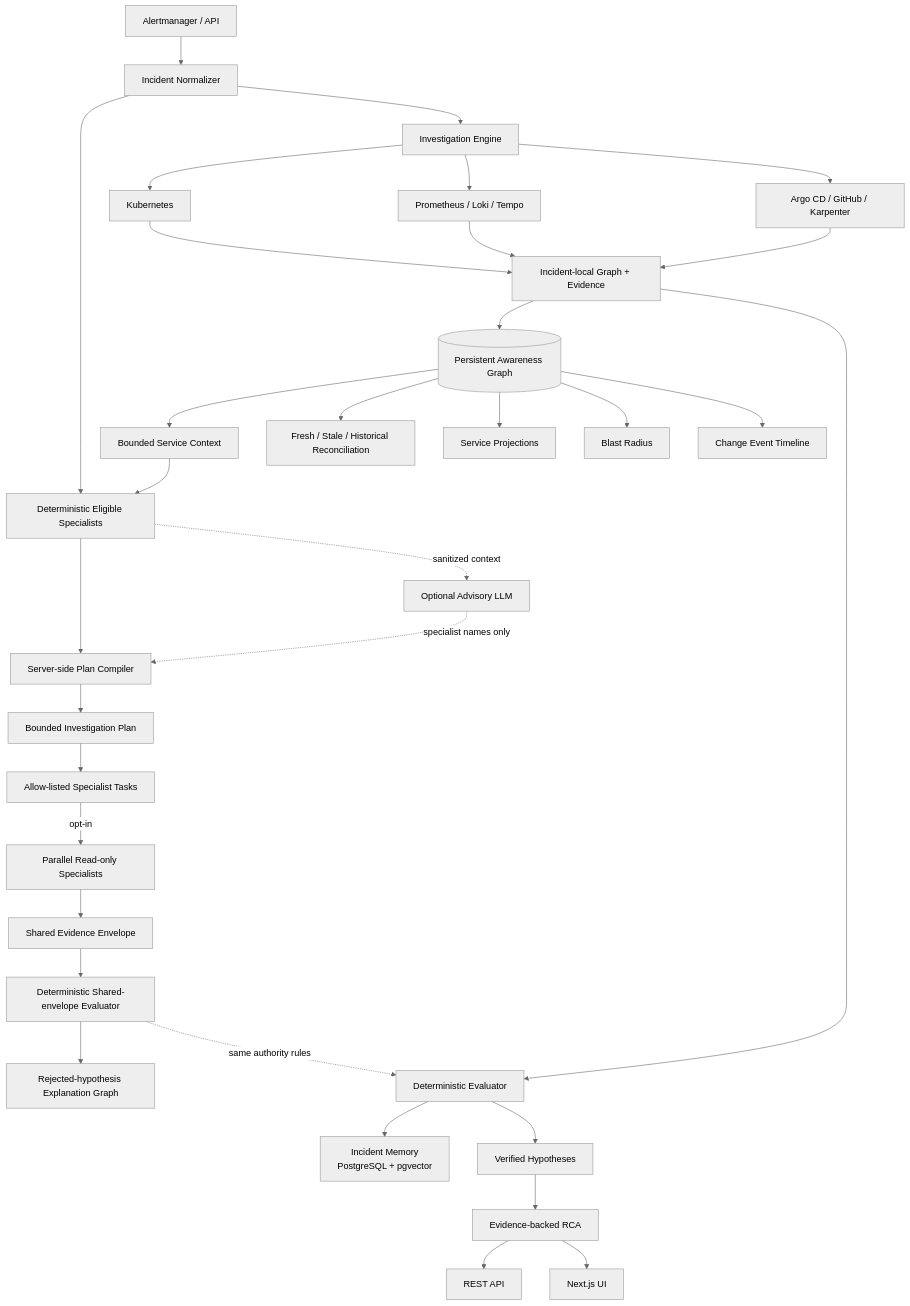
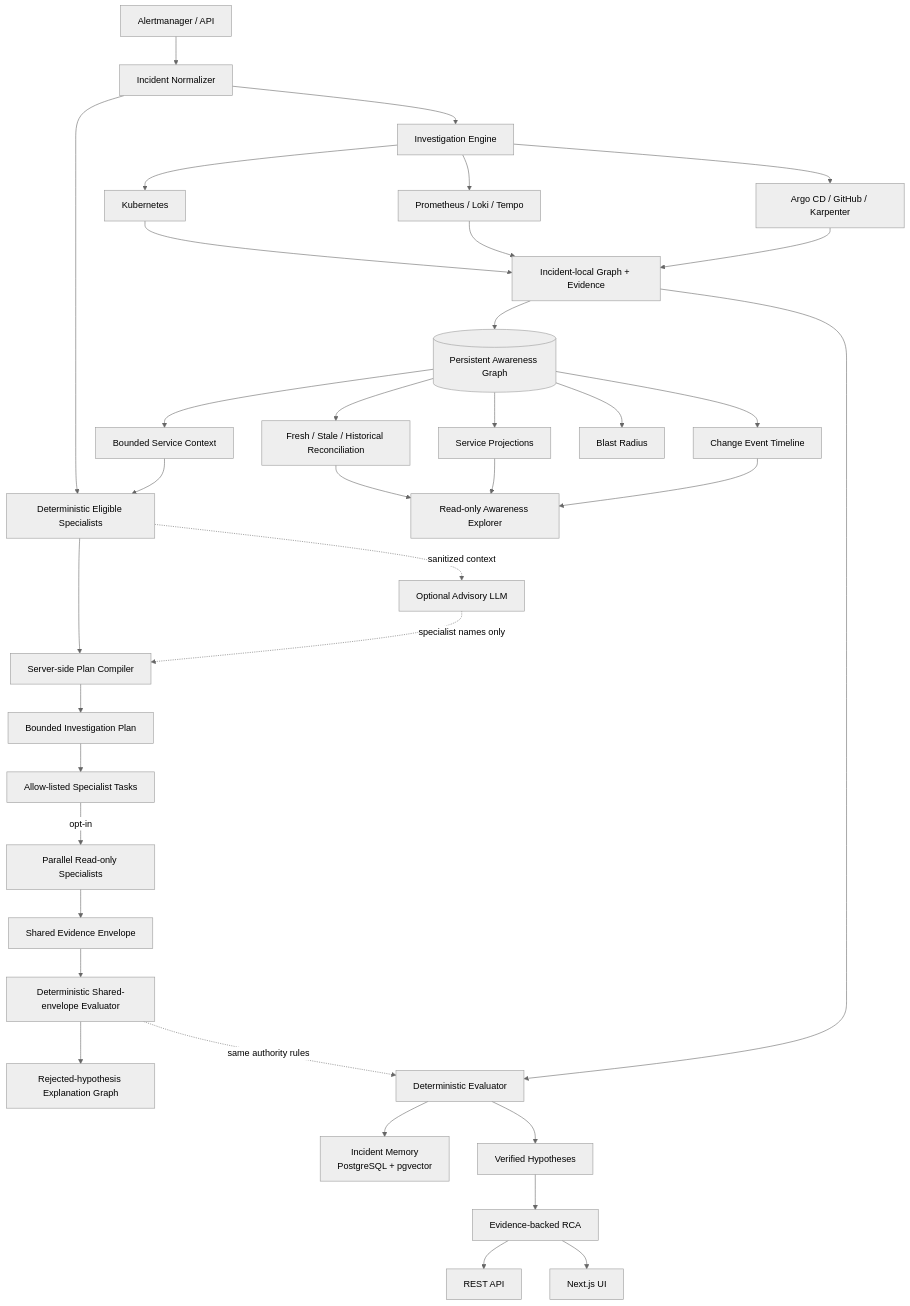
The first of 7 diagrams in README.md (marcocristofolini/ai-sre-rca), drawn with Mermaid (neutral theme) before and after one commit. The commit also changed other lines of this file, not shown here.

Commit message:
docs: expose Awareness Explorer in README architecture

````diff
--- a/README.md
+++ b/README.md
@@ -123,39 +123,42 @@
 ```mermaid
 flowchart TD
     A[Alertmanager / API] --> N[Incident Normalizer]
     N --> EL[Deterministic Eligible Specialists]
     N --> E[Investigation Engine]
 
     G[(Persistent Awareness Graph)] --> C[Bounded Service Context]
     C --> EL
     EL --> PC[Server-side Plan Compiler]
     EL -. sanitized context .-> ADV[Optional Advisory LLM]
     ADV -. specialist names only .-> PC
     PC --> P[Bounded Investigation Plan]
     P --> T[Allow-listed Specialist Tasks]
     T -->|opt-in| X[Parallel Read-only Specialists]
     X --> SE[Shared Evidence Envelope]
     SE --> V[Deterministic Shared-envelope Evaluator]
     V --> EG[Rejected-hypothesis Explanation Graph]
 
     E --> K[Kubernetes]
     E --> O[Prometheus / Loki / Tempo]
     E --> CH[Argo CD / GitHub / Karpenter]
     K --> L[Incident-local Graph + Evidence]
     O --> L
     CH --> L
 
     L --> G
     G --> R[Fresh / Stale / Historical Reconciliation]
     G --> S[Service Projections]
     G --> B[Blast Radius]
     G --> CE[Change Event Timeline]
+    R --> AUI[Read-only Awareness Explorer]
+    S --> AUI
+    CE --> AUI
 
     L --> D[Deterministic Evaluator]
     V -. same authority rules .-> D
     D --> M[Incident Memory<br/>PostgreSQL + pgvector]
     D --> H[Verified Hypotheses]
     H --> RCA[Evidence-backed RCA]
     RCA --> API[REST API]
     RCA --> UI[Next.js UI]
 ```
````
